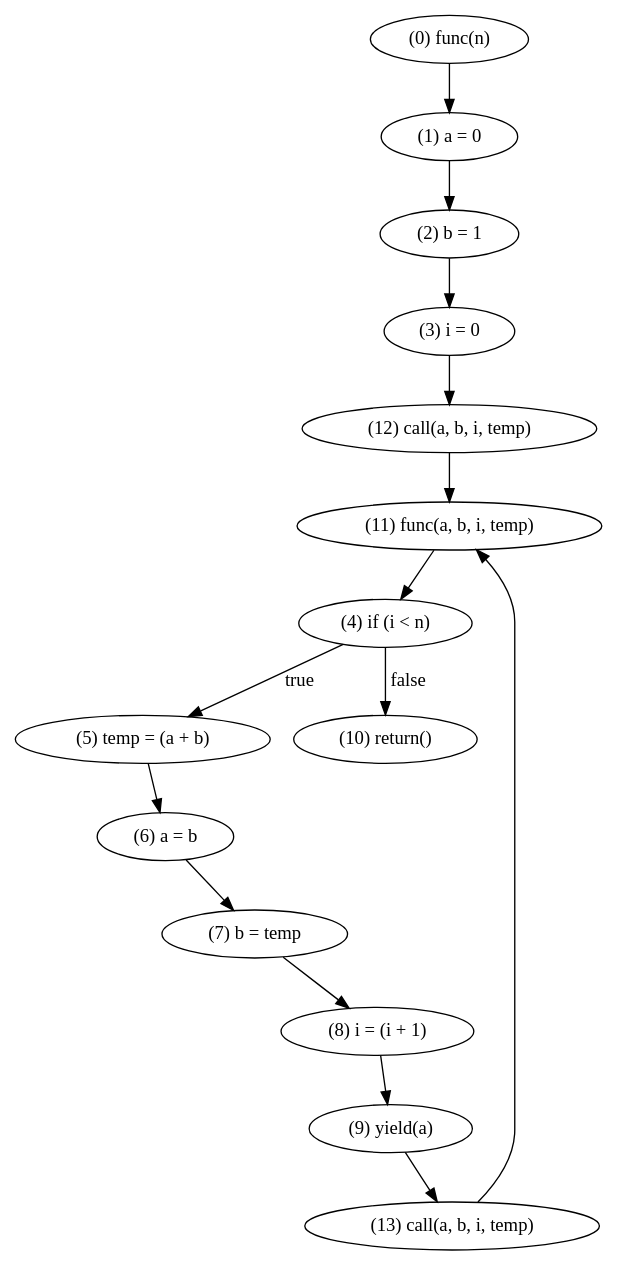
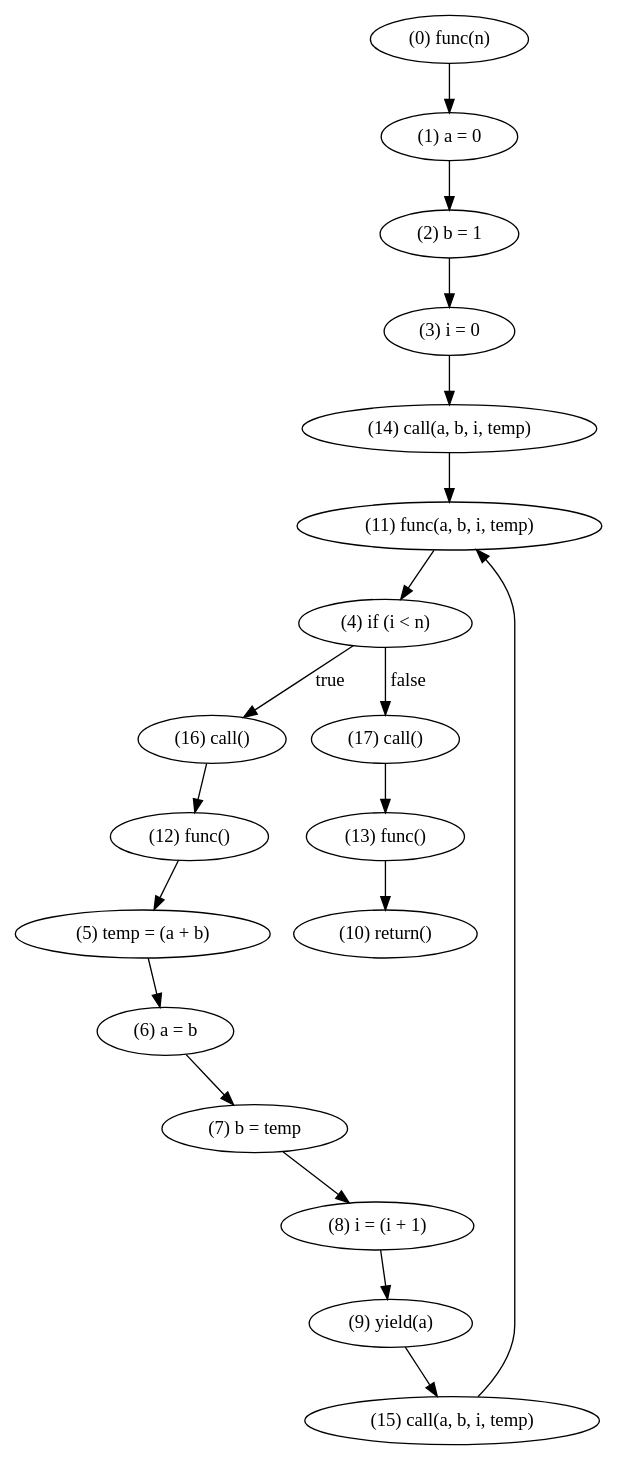
One commit to WorldofKerry/ToHDL changed the diagram in crates/passes/insert_phi.dot. Above: the diagram before and after it, drawn with Graphviz. The commit also changed 5 other files, not shown here.

```diff
--- a/crates/passes/insert_phi.dot
+++ b/crates/passes/insert_phi.dot
@@ -1,30 +1,38 @@
 digraph {
     0 [ label = "(0) func(n)" ]
     1 [ label = "(1) a = 0" ]
     2 [ label = "(2) b = 1" ]
     3 [ label = "(3) i = 0" ]
     4 [ label = "(4) if (i < n)" ]
     5 [ label = "(5) temp = (a + b)" ]
     6 [ label = "(6) a = b" ]
     7 [ label = "(7) b = temp" ]
     8 [ label = "(8) i = (i + 1)" ]
     9 [ label = "(9) yield(a)" ]
     10 [ label = "(10) return()" ]
     11 [ label = "(11) func(a, b, i, temp)" ]
-    12 [ label = "(12) call(a, b, i, temp)" ]
-    13 [ label = "(13) call(a, b, i, temp)" ]
+    12 [ label = "(12) func()" ]
+    13 [ label = "(13) func()" ]
+    14 [ label = "(14) call(a, b, i, temp)" ]
+    15 [ label = "(15) call(a, b, i, temp)" ]
+    16 [ label = "(16) call()" ]
+    17 [ label = "(17) call()" ]
     0 -> 1 [ label = "" ]
     1 -> 2 [ label = "" ]
     2 -> 3 [ label = "" ]
-    3 -> 12 [ label = "" ]
-    4 -> 10 [ label = "false" ]
-    4 -> 5 [ label = "true" ]
+    3 -> 14 [ label = "" ]
+    4 -> 17 [ label = "false" ]
+    4 -> 16 [ label = "true" ]
     5 -> 6 [ label = "" ]
     6 -> 7 [ label = "" ]
     7 -> 8 [ label = "" ]
     8 -> 9 [ label = "" ]
-    9 -> 13 [ label = "" ]
+    9 -> 15 [ label = "" ]
     11 -> 4 [ label = "" ]
-    12 -> 11 [ label = "" ]
-    13 -> 11 [ label = "" ]
+    12 -> 5 [ label = "" ]
+    13 -> 10 [ label = "" ]
+    14 -> 11 [ label = "" ]
+    15 -> 11 [ label = "" ]
+    16 -> 12 [ label = "" ]
+    17 -> 13 [ label = "" ]
 }
```
